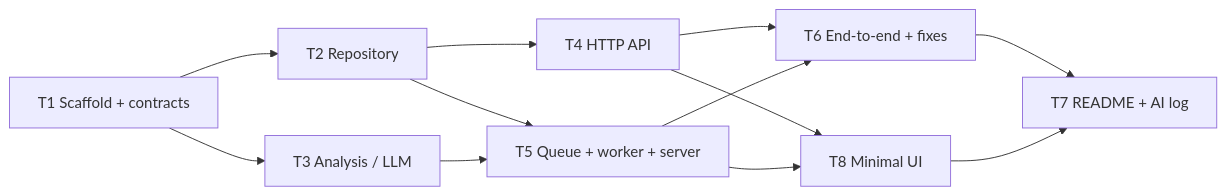
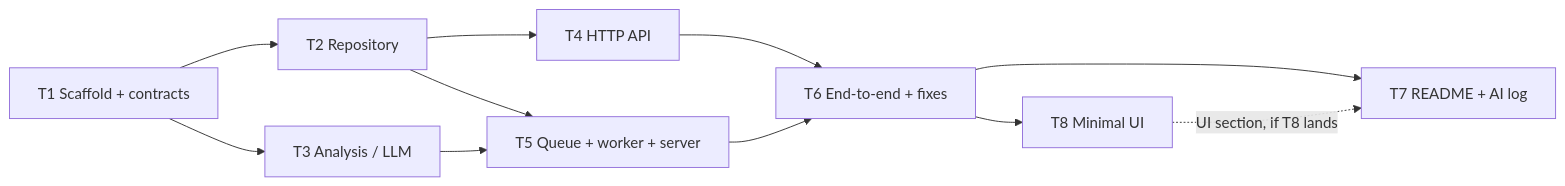
The diagram in docs/tasks/README.md (maormagori/fusion-home-task), drawn with Mermaid before and after one commit. The commit also changed other lines of this file and 1 other file, not shown here.

Commit message:
Schedule the UI task after the end-to-end check

````diff
--- a/docs/tasks/README.md
+++ b/docs/tasks/README.md
@@ -6,14 +6,13 @@
 ```mermaid
 flowchart LR
     T1[T1 Scaffold + contracts] --> T2[T2 Repository]
     T1 --> T3[T3 Analysis / LLM]
     T2 --> T4[T4 HTTP API]
     T2 --> T5[T5 Queue + worker + server]
     T3 --> T5
     T4 --> T6[T6 End-to-end + fixes]
     T5 --> T6
-    T4 --> T8[T8 Minimal UI]
-    T5 --> T8
+    T6 --> T8[T8 Minimal UI]
     T6 --> T7[T7 README + AI log]
-    T8 --> T7
+    T8 -.->|UI section, if T8 lands| T7
 ```
````
